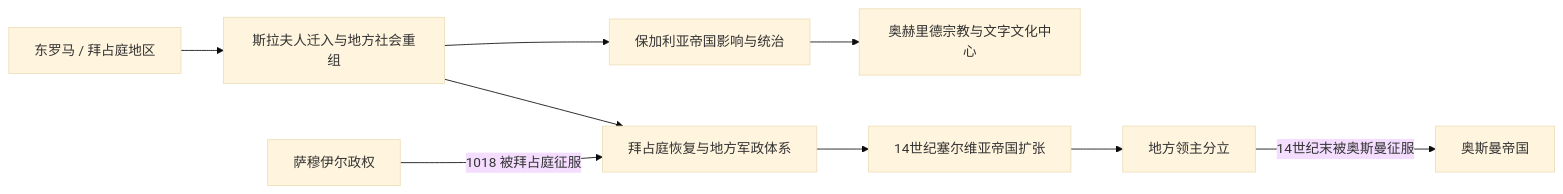
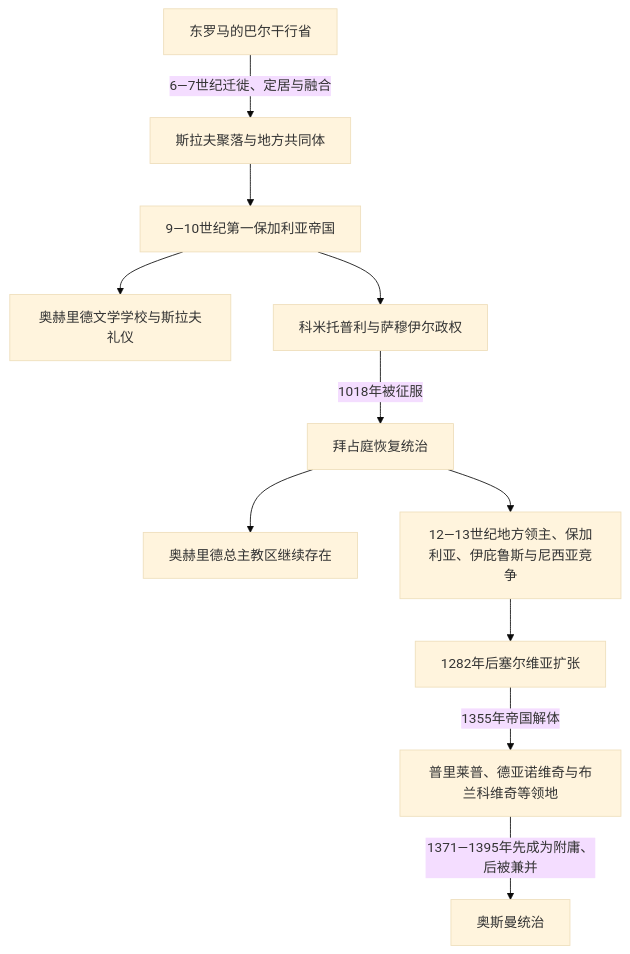
One commit to tianlan-dev/learning-notes changed the diagram in 人文科学/历史/欧洲/东南欧与巴尔干/北马其顿/斯拉夫迁徙与中世纪马其顿地区.md. Above: the diagram before and after it, drawn with Mermaid (base theme). The commit also changed other lines of this file and 1417 other files, not shown here.

````diff
--- a/人文科学/历史/欧洲/东南欧与巴尔干/北马其顿/斯拉夫迁徙与中世纪马其顿地区.md
+++ b/人文科学/历史/欧洲/东南欧与巴尔干/北马其顿/斯拉夫迁徙与中世纪马其顿地区.md
@@ -17,11 +15,13 @@
 ```mermaid
-flowchart LR
-  EastRome["东罗马 / 拜占庭地区"] --> SlavicSettlement["斯拉夫人迁入与地方社会重组"]
-  SlavicSettlement --> Bulgaria["保加利亚帝国影响与统治"]
-  SlavicSettlement --> Byzantium["拜占庭恢复与地方军政体系"]
-  Bulgaria --> Ohrid["奥赫里德宗教与文字文化中心"]
-  Samuel["萨穆伊尔政权"] -->|"1018 被拜占庭征服"| Byzantium
-  Byzantium --> Serbia["14世纪塞尔维亚帝国扩张"]
-  Serbia --> Lords["地方领主分立"]
-  Lords -->|"14世纪末被奥斯曼征服"| Ottoman["奥斯曼帝国"]
+flowchart TD
+    EastRome["东罗马的巴尔干行省"] -->|6—7世纪迁徙、定居与融合| Sklaviniai["斯拉夫聚落与地方共同体"]
+    Sklaviniai --> Bulgaria["9—10世纪第一保加利亚帝国"]
+    Bulgaria --> OhridSchool["奥赫里德文学学校与斯拉夫礼仪"]
+    Bulgaria --> Samuel["科米托普利与萨穆伊尔政权"]
+    Samuel -->|1018年被征服| Byzantium["拜占庭恢复统治"]
+    Byzantium --> OhridArch["奥赫里德总主教区继续存在"]
+    Byzantium --> Contested["12—13世纪地方领主、保加利亚、伊庇鲁斯与尼西亚竞争"]
+    Contested --> Serbia["1282年后塞尔维亚扩张"]
+    Serbia -->|1355年帝国解体| Lords["普里莱普、德亚诺维奇与布兰科维奇等领地"]
+    Lords -->|1371—1395年先成为附庸、后被兼并| Ottoman["奥斯曼统治"]
 ```
````
